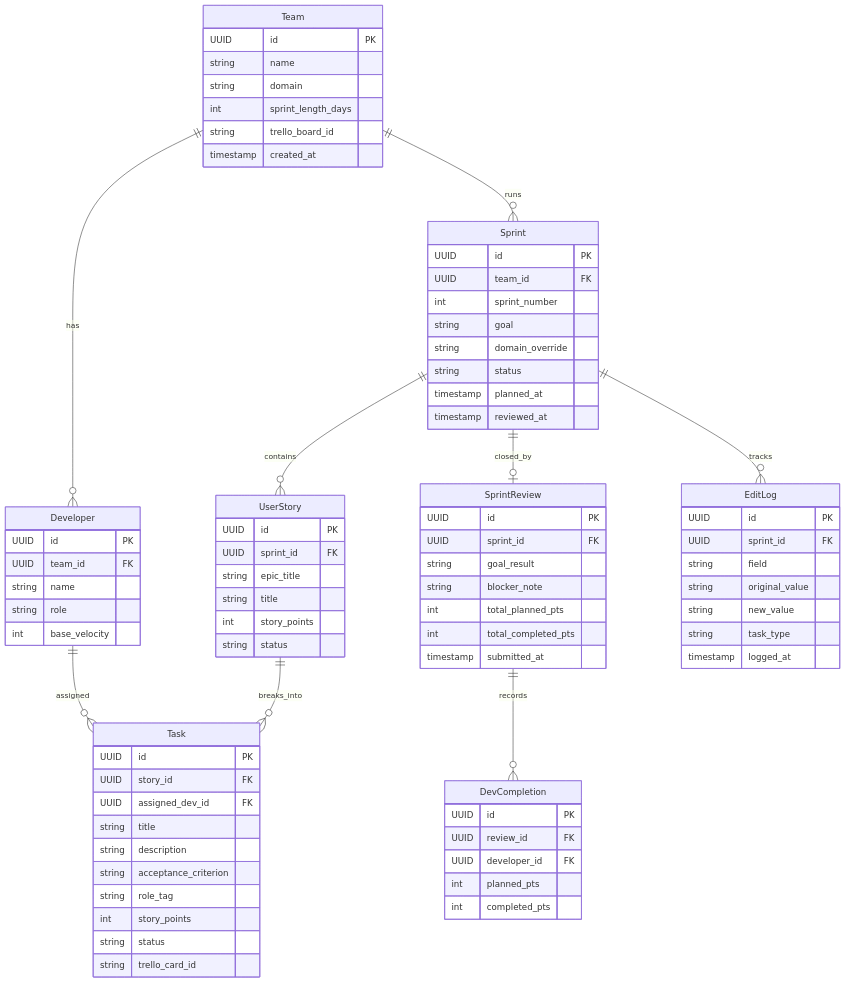
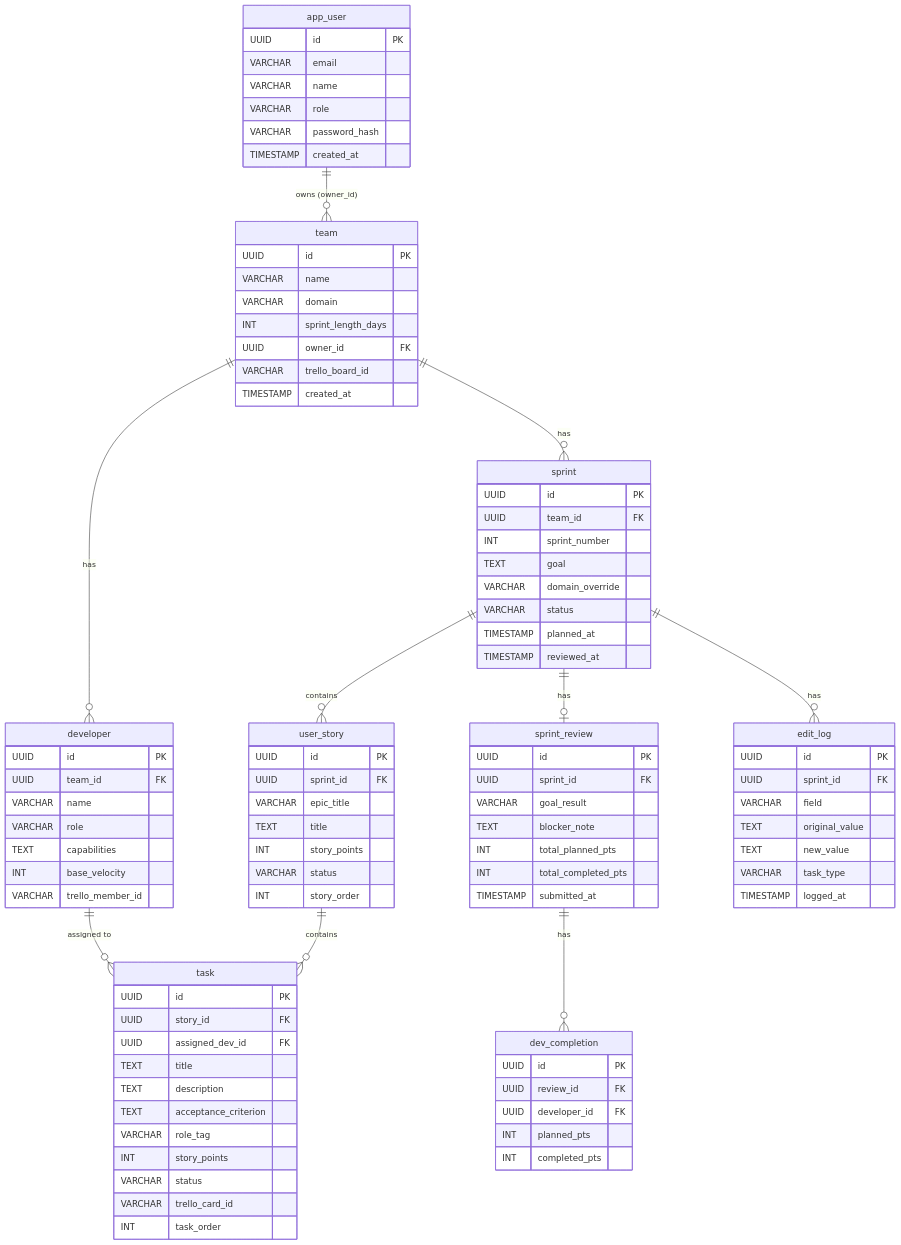
Before and after one commit to KeremGobekcioglu/sprint-planner: the diagram in PROJECT_MAP.md, drawn with Mermaid. The commit also changed other lines of this file and 1 other file, not shown here.

````diff
--- a/PROJECT_MAP.md
+++ b/PROJECT_MAP.md
@@ -229,82 +454,96 @@
 ```mermaid
 erDiagram
-  Team {
-    UUID id PK
-    string name
-    string domain
-    int sprint_length_days
-    string trello_board_id
-    timestamp created_at
-  }
-  Developer {
-    UUID id PK
-    UUID team_id FK
-    string name
-    string role
-    int base_velocity
-  }
-  Sprint {
-    UUID id PK
-    UUID team_id FK
-    int sprint_number
-    string goal
-    string domain_override
-    string status
-    timestamp planned_at
-    timestamp reviewed_at
-  }
-  UserStory {
-    UUID id PK
-    UUID sprint_id FK
-    string epic_title
-    string title
-    int story_points
-    string status
-  }
-  Task {
-    UUID id PK
-    UUID story_id FK
-    UUID assigned_dev_id FK
-    string title
-    string description
-    string acceptance_criterion
-    string role_tag
-    int story_points
-    string status
-    string trello_card_id
-  }
-  SprintReview {
-    UUID id PK
-    UUID sprint_id FK
-    string goal_result
-    string blocker_note
-    int total_planned_pts
-    int total_completed_pts
-    timestamp submitted_at
-  }
-  DevCompletion {
-    UUID id PK
-    UUID review_id FK
-    UUID developer_id FK
-    int planned_pts
-    int completed_pts
-  }
-  EditLog {
-    UUID id PK
-    UUID sprint_id FK
-    string field
-    string original_value
-    string new_value
-    string task_type
-    timestamp logged_at
-  }
+    app_user {
+        UUID id PK
+        VARCHAR email
+        VARCHAR name
+        VARCHAR role
+        VARCHAR password_hash
+        TIMESTAMP created_at
+    }
+    team {
+        UUID id PK
+        VARCHAR name
+        VARCHAR domain
+        INT sprint_length_days
+        UUID owner_id FK
+        VARCHAR trello_board_id
+        TIMESTAMP created_at
+    }
+    developer {
+        UUID id PK
+        UUID team_id FK
+        VARCHAR name
+        VARCHAR role
+        TEXT capabilities
+        INT base_velocity
+        VARCHAR trello_member_id
+    }
+    sprint {
+        UUID id PK
+        UUID team_id FK
+        INT sprint_number
+        TEXT goal
+        VARCHAR domain_override
+        VARCHAR status
+        TIMESTAMP planned_at
+        TIMESTAMP reviewed_at
+    }
+    user_story {
+        UUID id PK
+        UUID sprint_id FK
+        VARCHAR epic_title
+        TEXT title
+        INT story_points
+        VARCHAR status
+        INT story_order
+    }
+    task {
+        UUID id PK
+        UUID story_id FK
+        UUID assigned_dev_id FK
+        TEXT title
+        TEXT description
+        TEXT acceptance_criterion
+        VARCHAR role_tag
+        INT story_points
+        VARCHAR status
+        VARCHAR trello_card_id
+        INT task_order
+    }
+    sprint_review {
+        UUID id PK
+        UUID sprint_id FK
+        VARCHAR goal_result
+        TEXT blocker_note
+        INT total_planned_pts
+        INT total_completed_pts
+        TIMESTAMP submitted_at
+    }
+    dev_completion {
+        UUID id PK
+        UUID review_id FK
+        UUID developer_id FK
+        INT planned_pts
+        INT completed_pts
+    }
+    edit_log {
+        UUID id PK
+        UUID sprint_id FK
+        VARCHAR field
+        TEXT original_value
+        TEXT new_value
+        VARCHAR task_type
+        TIMESTAMP logged_at
+    }
 
-  Team ||--o{ Developer : has
-  Team ||--o{ Sprint : runs
-  Sprint ||--o{ UserStory : contains
-  UserStory ||--o{ Task : breaks_into
-  Developer ||--o{ Task : assigned
-  Sprint ||--o| SprintReview : closed_by
-  SprintReview ||--o{ DevCompletion : records
-  Sprint ||--o{ EditLog : tracks
+    app_user ||--o{ team : "owns (owner_id)"
+    team ||--o{ developer : "has"
+    team ||--o{ sprint : "has"
+    sprint ||--o{ user_story : "contains"
+    user_story ||--o{ task : "contains"
+    developer ||--o{ task : "assigned to"
+    sprint ||--o| sprint_review : "has"
+    sprint_review ||--o{ dev_completion : "has"
+    sprint ||--o{ edit_log : "has"
 ```
````
